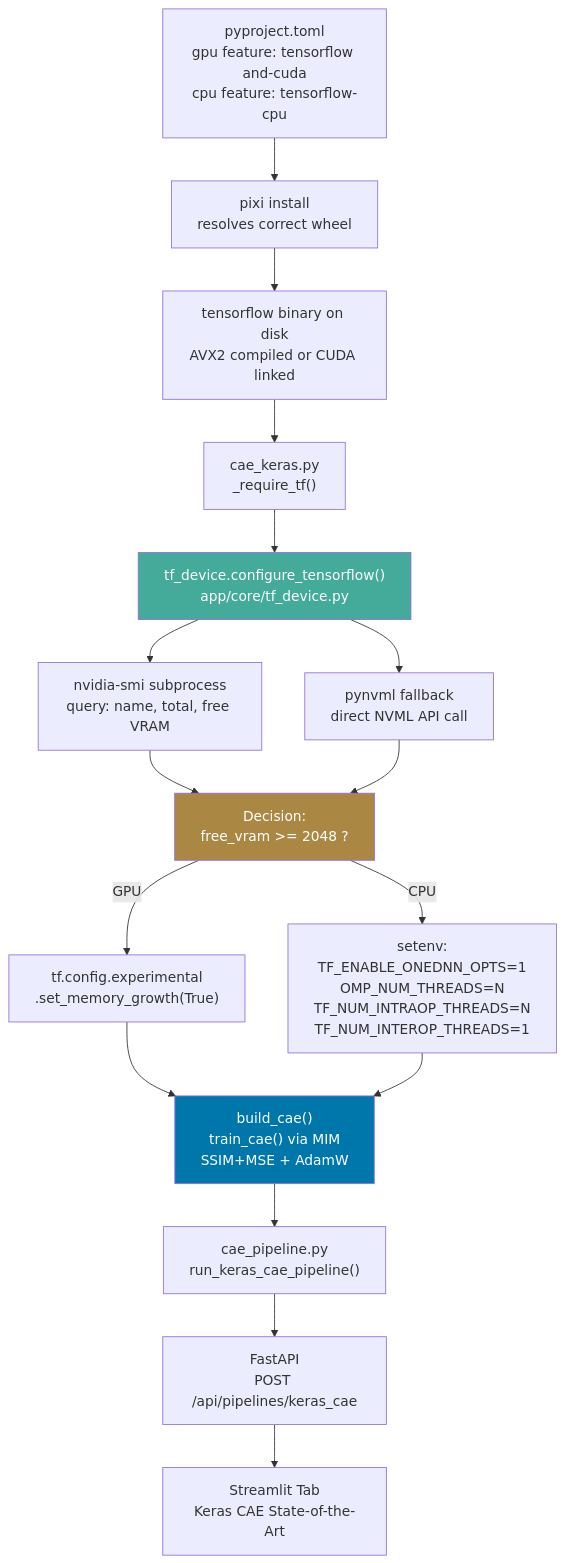
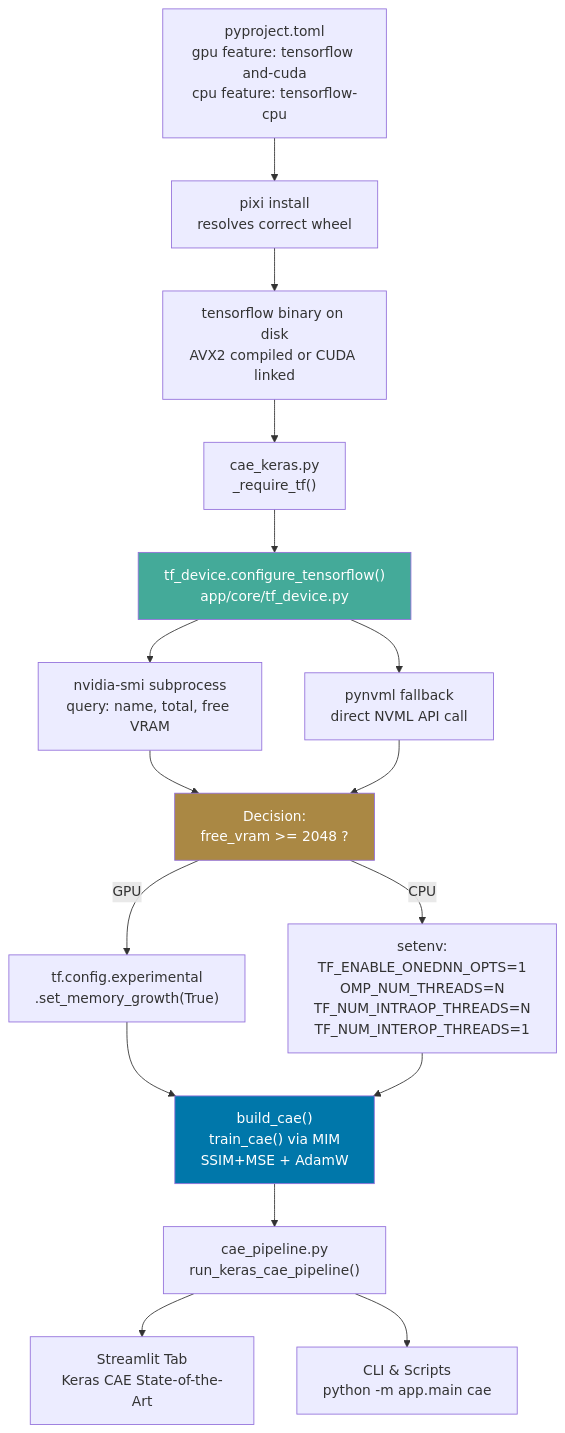
Before and after one commit to foersben/industrial-component-anomaly-detection: the sixth of 6 diagrams in docs/data_science/tf_device_selection.md, drawn with Mermaid. The commit also changed 74 other files, not shown here.

````diff
--- a/docs/data_science/tf_device_selection.md
+++ b/docs/data_science/tf_device_selection.md
@@ -597,21 +597,21 @@
 ```mermaid
 graph TD
     PYPROJ["pyproject.toml\ngpu feature: tensorflow and-cuda\ncpu feature: tensorflow-cpu"] --> PIXI["pixi install\nresolves correct wheel"]
     PIXI --> DISK["tensorflow binary on disk\nAVX2 compiled or CUDA linked"]
 
     DISK --> CAEK["cae_keras.py\n_require_tf()"]
     CAEK --> TFDEV["tf_device.configure_tensorflow()\napp/core/tf_device.py"]
     TFDEV --> NV1["nvidia-smi subprocess\nquery: name, total, free VRAM"]
     TFDEV --> NV2["pynvml fallback\ndirect NVML API call"]
     NV1 & NV2 --> DEC["Decision:\nfree_vram >= 2048 ?"]
     DEC -- GPU --> MEMGROW["tf.config.experimental\n.set_memory_growth(True)"]
     DEC -- CPU --> ENV["setenv:\nTF_ENABLE_ONEDNN_OPTS=1\nOMP_NUM_THREADS=N\nTF_NUM_INTRAOP_THREADS=N\nTF_NUM_INTEROP_THREADS=1"]
     MEMGROW & ENV --> MODEL["build_cae()\ntrain_cae() via MIM\nSSIM+MSE + AdamW"]
     MODEL --> PIPELINE["cae_pipeline.py\nrun_keras_cae_pipeline()"]
-    PIPELINE --> API["FastAPI\nPOST /api/pipelines/keras_cae"]
-    API --> UI["Streamlit Tab\nKeras CAE State-of-the-Art"]
+    PIPELINE --> UI["Streamlit Tab\nKeras CAE State-of-the-Art"]
+    PIPELINE --> CLI["CLI & Scripts\npython -m app.main cae"]
 
     style TFDEV fill:#4a9,color:#fff
     style DEC fill:#a84,color:#fff
     style MODEL fill:#07a,color:#fff
 ```
````
